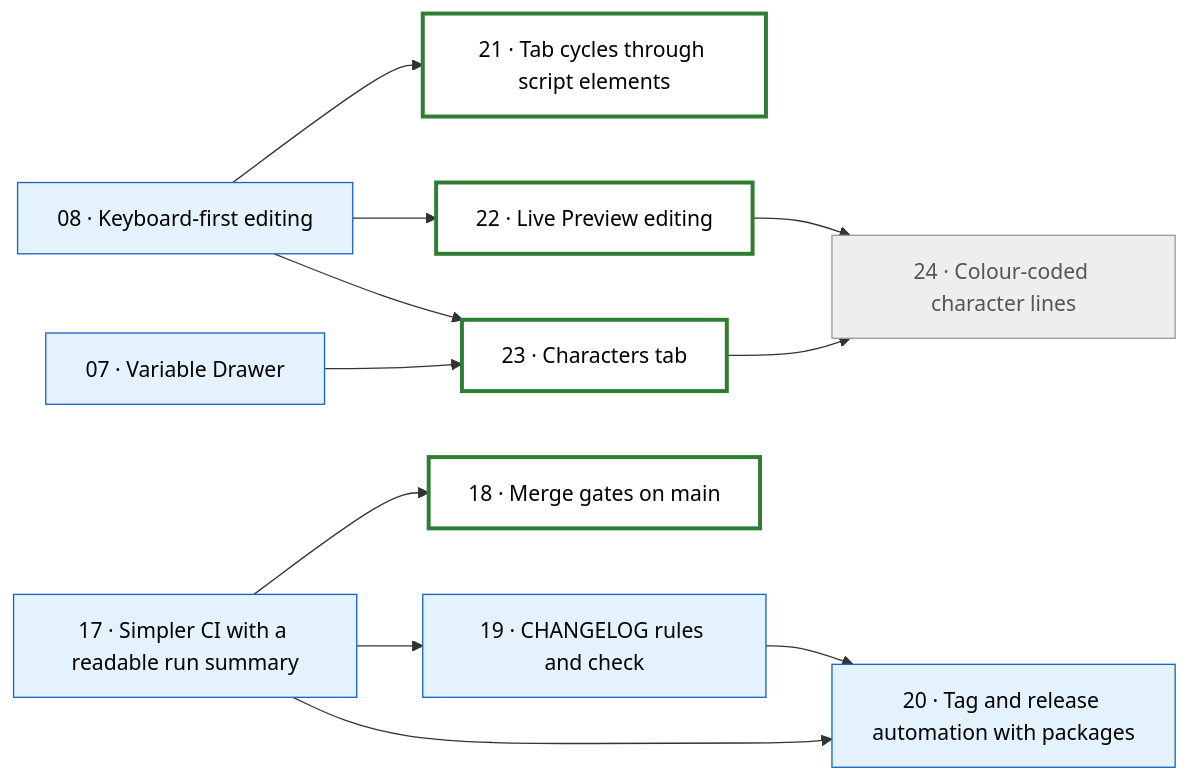
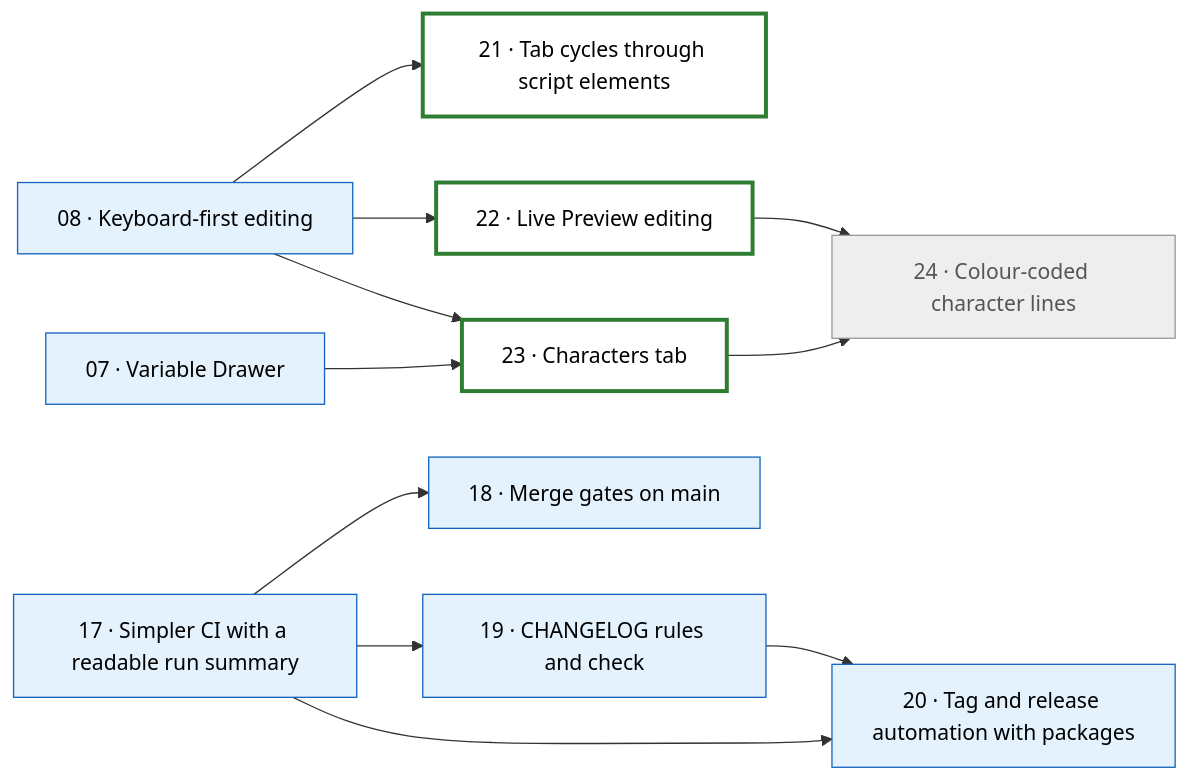
One commit to mikebgio/eink-screenplay-writer changed the diagram in PLAN-2.md. Above: the diagram before and after it, drawn with Mermaid. The commit also changed other lines of this file and 6 other files, not shown here.

First line of the commit message:
18: Merge gates on main (#32)

````diff
--- a/PLAN-2.md
+++ b/PLAN-2.md
@@ -18,28 +18,28 @@
 ```mermaid
 flowchart LR
   T07["07 · Variable Drawer"]:::needsdevice
   T08["08 · Keyboard-first editing"]:::needsdevice
   T17["17 · Simpler CI with a readable run summary"]:::needsdevice
-  T18["18 · Merge gates on main"]:::ready
+  T18["18 · Merge gates on main"]:::needsdevice
   T19["19 · CHANGELOG rules and check"]:::needsdevice
   T20["20 · Tag and release automation with packages"]:::needsdevice
   T21["21 · Tab cycles through script elements"]:::ready
   T22["22 · Live Preview editing"]:::ready
   T23["23 · Characters tab"]:::ready
   T24["24 · Colour-coded character lines"]:::blocked
   T17 --> T18
   T17 --> T19
   T17 --> T20
   T19 --> T20
   T08 --> T21
   T08 --> T22
   T07 --> T23
   T08 --> T23
   T22 --> T24
   T23 --> T24
   classDef done fill:#d4edda,stroke:#2e7d32,color:#000
   classDef needsdevice fill:#e3f2fd,stroke:#1565c0,color:#000
   classDef inprogress fill:#fff3cd,stroke:#b8860b,color:#000
   classDef ready fill:#ffffff,stroke:#2e7d32,stroke-width:3px,color:#000
   classDef blocked fill:#eeeeee,stroke:#999,color:#555
 ```
````
